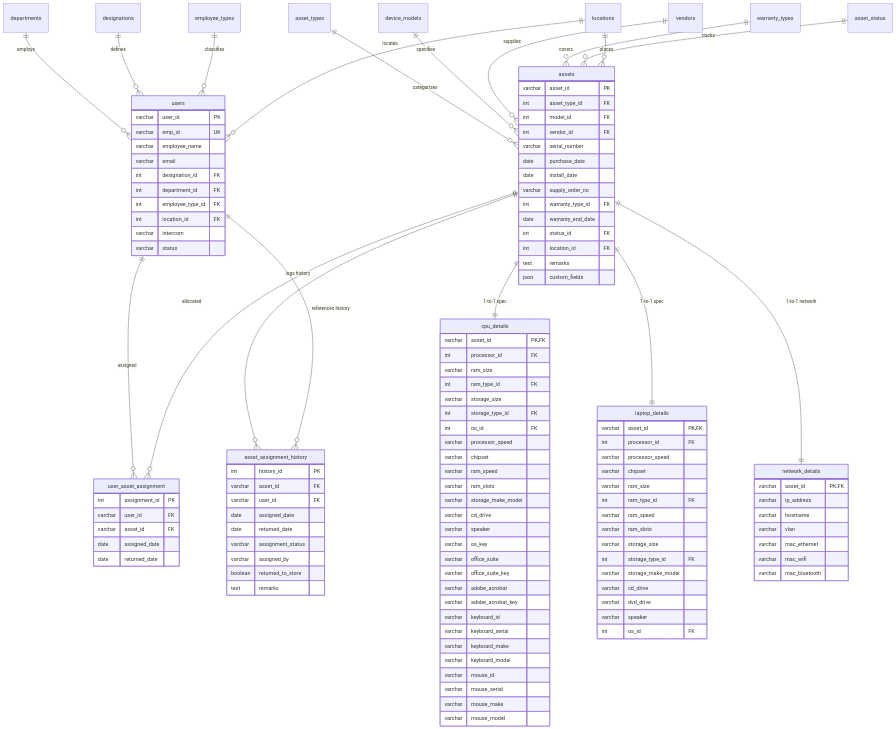
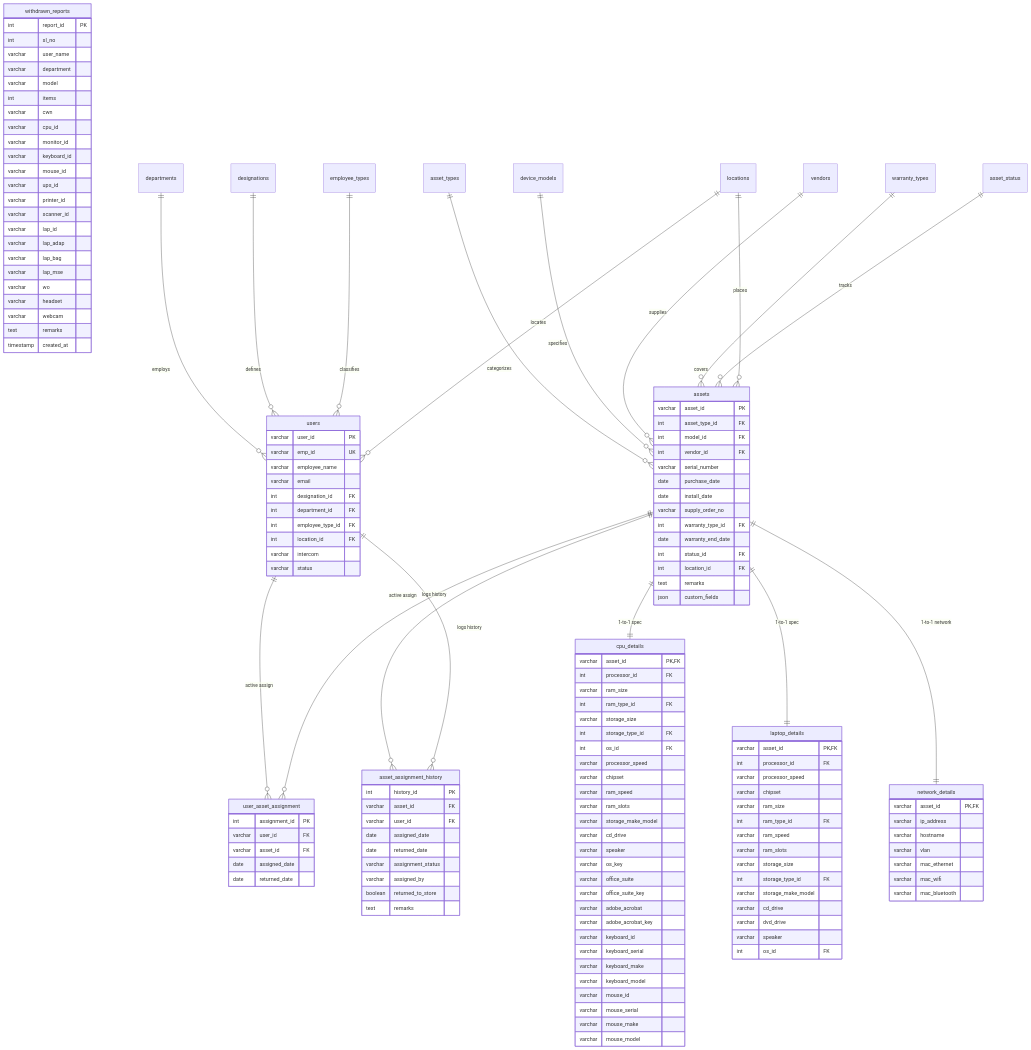
The second of 3 diagrams in README.md (agneay/Agent-Wars), drawn with Mermaid before and after one commit. The commit also changed other lines of this file, not shown here.

````diff
--- a/README.md
+++ b/README.md
@@ -167,6 +186,32 @@
         text remarks
     }
 
+    withdrawn_reports {
+        int report_id PK
+        int sl_no
+        varchar user_name
+        varchar department
+        varchar model
+        int items
+        varchar cwn
+        varchar cpu_id
+        varchar monitor_id
+        varchar keyboard_id
+        varchar mouse_id
+        varchar ups_id
+        varchar printer_id
+        varchar scanner_id
+        varchar lap_id
+        varchar lap_adap
+        varchar lap_bag
+        varchar lap_mse
+        varchar wo
+        varchar headset
+        varchar webcam
+        text remarks
+        timestamp created_at
+    }
+
     departments ||--o{ users : "employs"
     designations ||--o{ users : "defines"
     employee_types ||--o{ users : "classifies"
@@ -183,8 +228,8 @@
     assets ||--|| laptop_details : "1-to-1 spec"
     assets ||--|| network_details : "1-to-1 network"
 
-    users ||--o{ user_asset_assignment : "assigned"
-    assets ||--o{ user_asset_assignment : "allocated"
+    users ||--o{ user_asset_assignment : "active assign"
+    assets ||--o{ user_asset_assignment : "active assign"
     assets ||--o{ asset_assignment_history : "logs history"
-    users ||--o{ asset_assignment_history : "references history"
+    users ||--o{ asset_assignment_history : "logs history"
 ```
````
